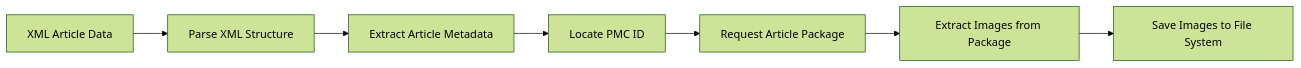
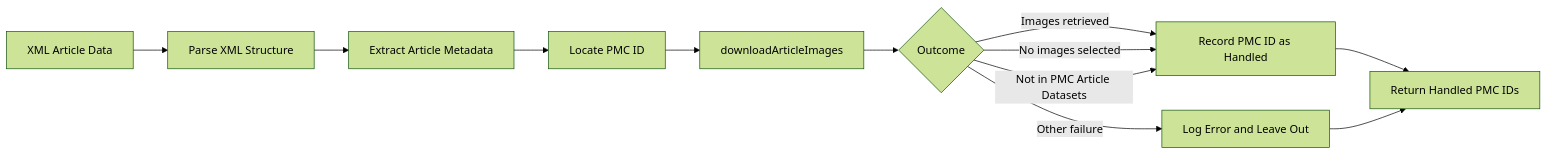
One commit to AlexJSully/Publication-Figure-Retrieval changed the fifth of 10 diagrams in docs/architecture/index.md. Above: the diagram before and after it, drawn with Mermaid (forest theme). The commit also changed other lines of this file and 28 other files, not shown here.

First line of the commit message:
Fix unable to retrieve figure publication images (#242)

````diff
--- a/docs/architecture/index.md
+++ b/docs/architecture/index.md
@@ -160,12 +163,17 @@
 ```mermaid
 graph LR
-    accTitle: Parse Module Figure Extraction
-    accDescr: The parse module takes XML article data, parses its structure, extracts the article metadata, locates the PMC ID, requests the article package, extracts images from the package, and saves the images to the file system.
+    accTitle: Parse Module Article Processing
+    accDescr: The parse module awaits XML parsing, extracts each article's PMC ID, and calls downloadArticleImages. If that call resolves, including when no images are selected, or raises ArticleNotInDatasetError, parseFigures records the PMC ID as handled. Other failures are logged and omitted from the returned IDs.
 
         A[XML Article Data] --> B[Parse XML Structure]
         B --> C[Extract Article Metadata]
         C --> D[Locate PMC ID]
-        D --> E[Request Article Package]
-        E --> F[Extract Images from Package]
-        F --> G[Save Images to File System]
+        D --> E[downloadArticleImages]
+        E --> F{Outcome}
+        F -->|Images retrieved| G[Record PMC ID as Handled]
+        F -->|No images selected| G
+        F -->|Not in PMC Article Datasets| G
+        F -->|Other failure| H[Log Error and Leave Out]
+        G --> I[Return Handled PMC IDs]
+        H --> I
 ```
````
